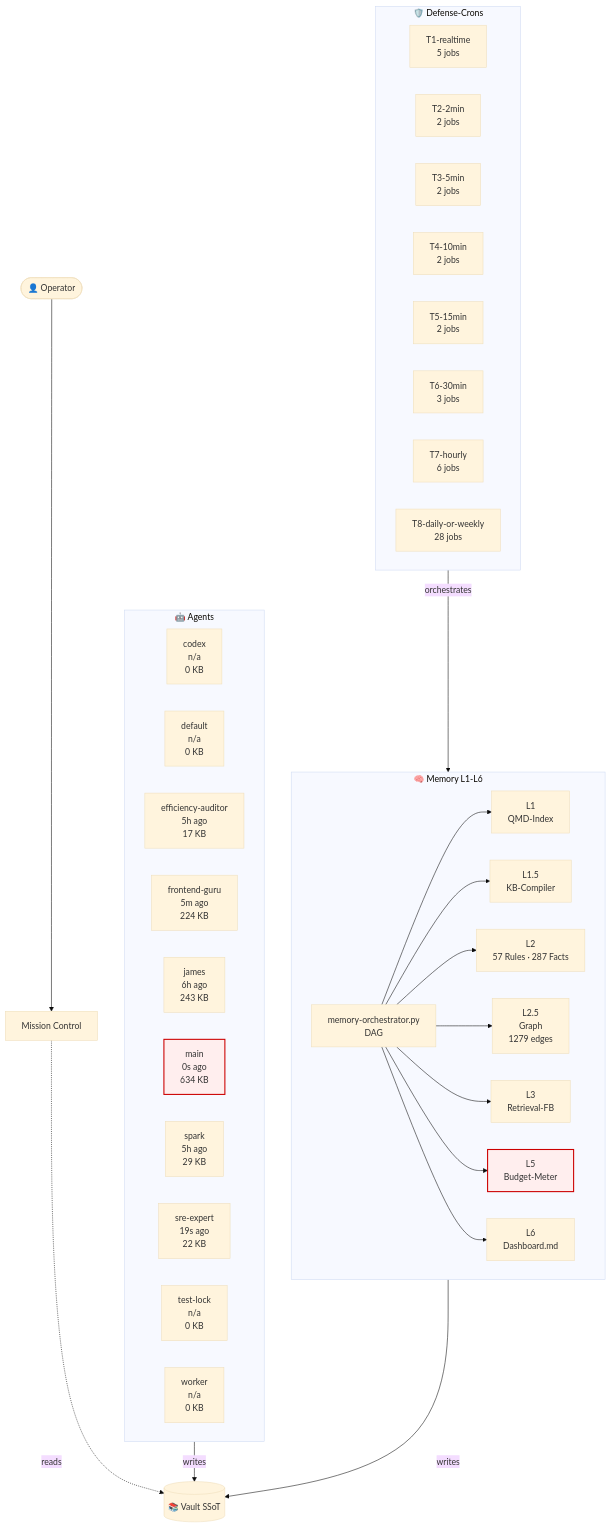
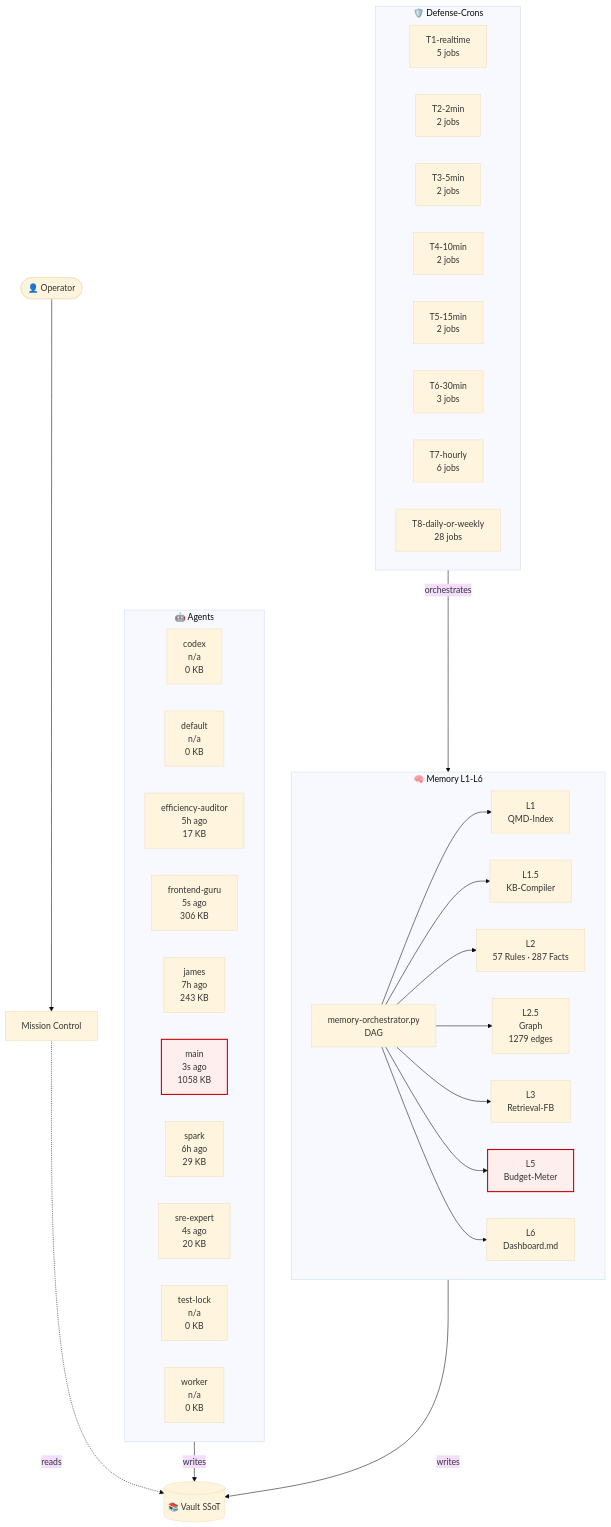
Before and after one commit to lenardhuebner88-rgb/openclaw-memory: the diagram in 03-Agents/architecture-live.md, drawn with Mermaid (base theme). The commit also changed other lines of this file and 17 other files, not shown here.

````diff
--- a/03-Agents/architecture-live.md
+++ b/03-Agents/architecture-live.md
@@ -18,53 +18,53 @@
 ```mermaid
 flowchart TB
     classDef critical fill:#fee,stroke:#c00,stroke-width:2px;
     subgraph AGT["🤖 Agents"]
         agent_codex["codex<br/>n/a<br/>0 KB"]
         agent_default["default<br/>n/a<br/>0 KB"]
         agent_efficiency_auditor["efficiency-auditor<br/>5h ago<br/>17 KB"]
-        agent_frontend_guru["frontend-guru<br/>5m ago<br/>224 KB"]
-        agent_james["james<br/>6h ago<br/>243 KB"]
-        agent_main["main<br/>0s ago<br/>634 KB"]
-        agent_spark["spark<br/>5h ago<br/>29 KB"]
-        agent_sre_expert["sre-expert<br/>19s ago<br/>22 KB"]
+        agent_frontend_guru["frontend-guru<br/>5s ago<br/>306 KB"]
+        agent_james["james<br/>7h ago<br/>243 KB"]
+        agent_main["main<br/>3s ago<br/>1058 KB"]
+        agent_spark["spark<br/>6h ago<br/>29 KB"]
+        agent_sre_expert["sre-expert<br/>4s ago<br/>20 KB"]
         agent_test_lock["test-lock<br/>n/a<br/>0 KB"]
         agent_worker["worker<br/>n/a<br/>0 KB"]
     end
     subgraph MEM["🧠 Memory L1-L6"]
         L1["L1<br/>QMD-Index"]
         L15["L1.5<br/>KB-Compiler"]
         L2["L2<br/>57 Rules · 287 Facts"]
         L25["L2.5<br/>Graph<br/>1279 edges"]
         L3["L3<br/>Retrieval-FB"]
         L5["L5<br/>Budget-Meter"]
         L6["L6<br/>Dashboard.md"]
         ORCH["memory-orchestrator.py<br/>DAG"]
     end
     subgraph CRN["🛡️ Defense-Crons"]
         tier_T1_realtime["T1-realtime<br/>5 jobs"]
         tier_T2_2min["T2-2min<br/>2 jobs"]
         tier_T3_5min["T3-5min<br/>2 jobs"]
         tier_T4_10min["T4-10min<br/>2 jobs"]
         tier_T5_15min["T5-15min<br/>2 jobs"]
         tier_T6_30min["T6-30min<br/>3 jobs"]
         tier_T7_hourly["T7-hourly<br/>6 jobs"]
         tier_T8_daily_or_weekly["T8-daily-or-weekly<br/>28 jobs"]
     end
     VAULT[("📚 Vault SSoT")]
     OP([👤 Operator])
     MC["Mission Control"]
     OP --> MC
     MC -.reads.-> VAULT
     AGT -->|writes| VAULT
     MEM -->|writes| VAULT
     ORCH --> L1
     ORCH --> L15
     ORCH --> L2
     ORCH --> L25
     ORCH --> L3
     ORCH --> L5
     ORCH --> L6
     CRN -->|orchestrates| MEM
     class L5 critical
     class agent_main critical
 ```
````
